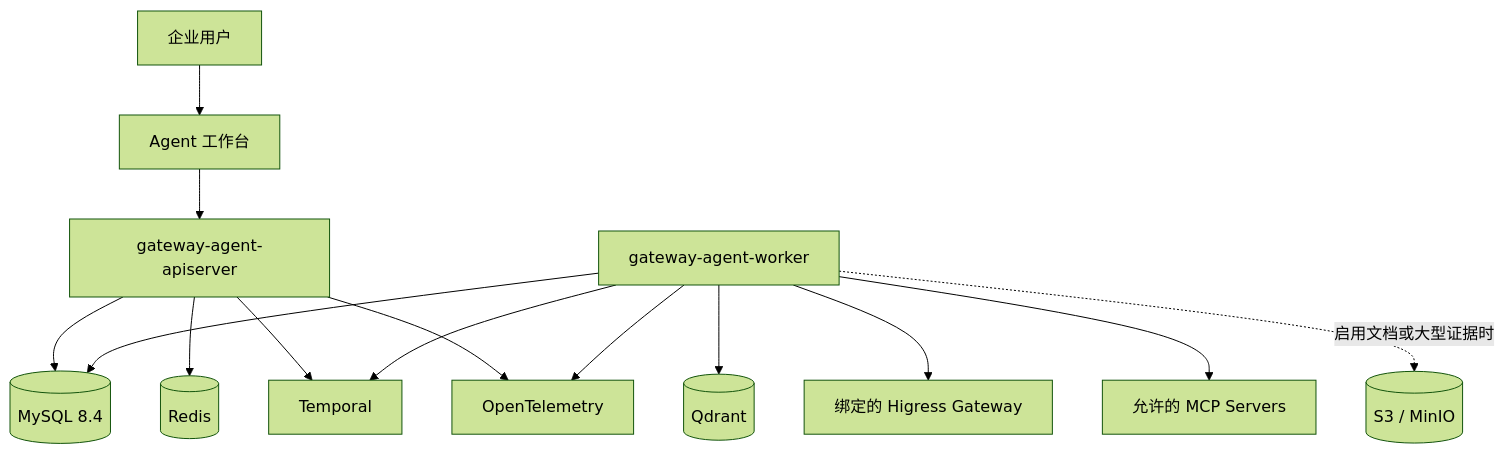
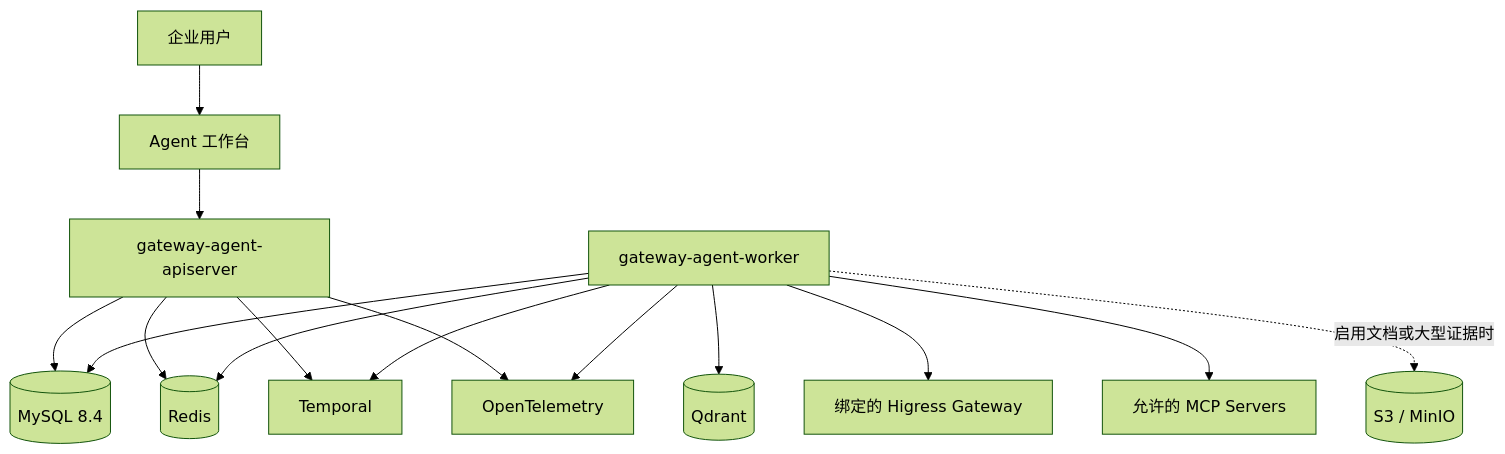
One commit to lgc202/gateway-agent changed the first of 3 diagrams in .codex/docs/02-网关智能体目标产品与架构设计.md. Above: the diagram before and after it, drawn with Mermaid (forest theme). The commit also changed other lines of this file and 4 other files, not shown here.

````diff
--- a/.codex/docs/02-网关智能体目标产品与架构设计.md
+++ b/.codex/docs/02-网关智能体目标产品与架构设计.md
@@ -141,19 +143,20 @@
 ```mermaid
 flowchart TB
     USER["企业用户"] --> UI["Agent 工作台"]
     UI --> API["gateway-agent-apiserver"]
 
     API --> MYSQL[("MySQL 8.4")]
     API --> REDIS[("Redis")]
     API --> TEMPORAL["Temporal"]
 
     WORKER["gateway-agent-worker"] --> TEMPORAL
     WORKER --> MYSQL
+    WORKER --> REDIS
     WORKER --> QDRANT[("Qdrant")]
     WORKER --> HIGRESS["绑定的 Higress Gateway"]
     WORKER --> MCP["允许的 MCP Servers"]
     WORKER -. "启用文档或大型证据时" .-> OBJECT[("S3 / MinIO")]
 
     API --> OTEL["OpenTelemetry"]
     WORKER --> OTEL
 ```
````
